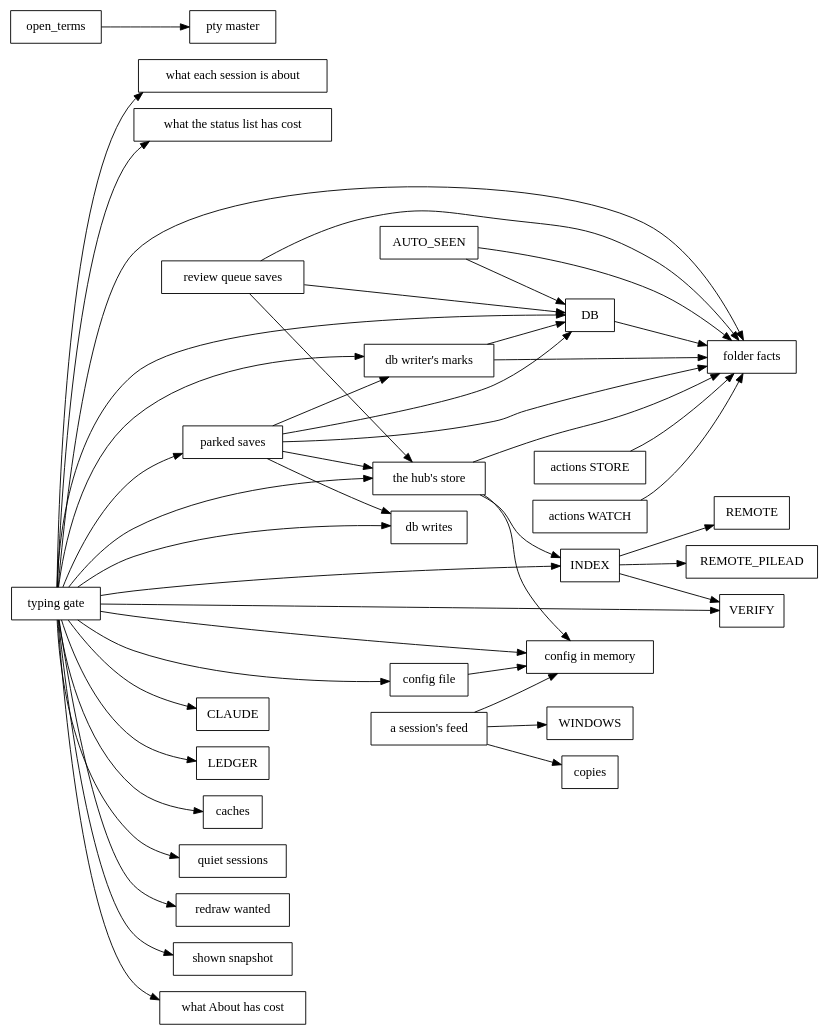
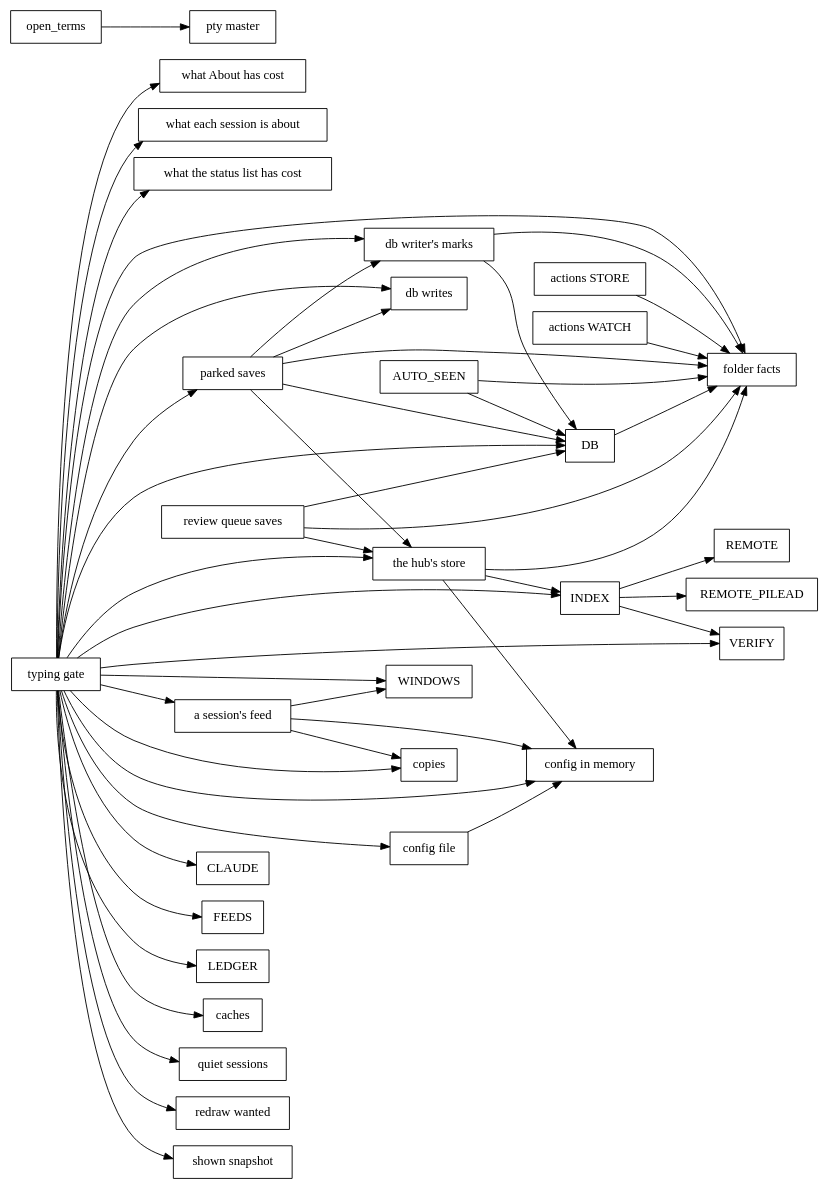
One commit to spacegrowth/cue changed the diagram in docs/dev/lock-graph.dot. Above: the diagram before and after it, drawn with Graphviz. The commit also changed 45 other files, not shown here.

```diff
--- a/docs/dev/lock-graph.dot
+++ b/docs/dev/lock-graph.dot
@@ -1,50 +1,54 @@
 // Generated by `cargo run -p xtask -- inventory`; don't edit by hand.
 digraph locks {
   rankdir=LR;
   node [shape=box];
   "AUTO_SEEN" -> "DB";
   "AUTO_SEEN" -> "folder facts";
   "DB" -> "folder facts";
   "INDEX" -> "REMOTE";
   "INDEX" -> "REMOTE_PILEAD";
   "INDEX" -> "VERIFY";
   "a session's feed" -> "WINDOWS";
   "a session's feed" -> "config in memory";
   "a session's feed" -> "copies";
   "actions STORE" -> "folder facts";
   "actions WATCH" -> "folder facts";
   "config file" -> "config in memory";
   "db writer's marks" -> "DB";
   "db writer's marks" -> "folder facts";
   "open_terms" -> "pty master";
   "parked saves" -> "DB";
   "parked saves" -> "db writer's marks";
   "parked saves" -> "db writes";
   "parked saves" -> "folder facts";
   "parked saves" -> "the hub's store";
   "review queue saves" -> "DB";
   "review queue saves" -> "folder facts";
   "review queue saves" -> "the hub's store";
   "the hub's store" -> "INDEX";
   "the hub's store" -> "config in memory";
   "the hub's store" -> "folder facts";
   "typing gate" -> "CLAUDE";
   "typing gate" -> "DB";
+  "typing gate" -> "FEEDS";
   "typing gate" -> "INDEX";
   "typing gate" -> "LEDGER";
   "typing gate" -> "VERIFY";
+  "typing gate" -> "WINDOWS";
+  "typing gate" -> "a session's feed";
   "typing gate" -> "caches";
   "typing gate" -> "config file";
   "typing gate" -> "config in memory";
+  "typing gate" -> "copies";
   "typing gate" -> "db writer's marks";
   "typing gate" -> "db writes";
   "typing gate" -> "folder facts";
   "typing gate" -> "parked saves";
   "typing gate" -> "quiet sessions";
   "typing gate" -> "redraw wanted";
   "typing gate" -> "shown snapshot";
   "typing gate" -> "the hub's store";
   "typing gate" -> "what About has cost";
   "typing gate" -> "what each session is about";
   "typing gate" -> "what the status list has cost";
 }
```
